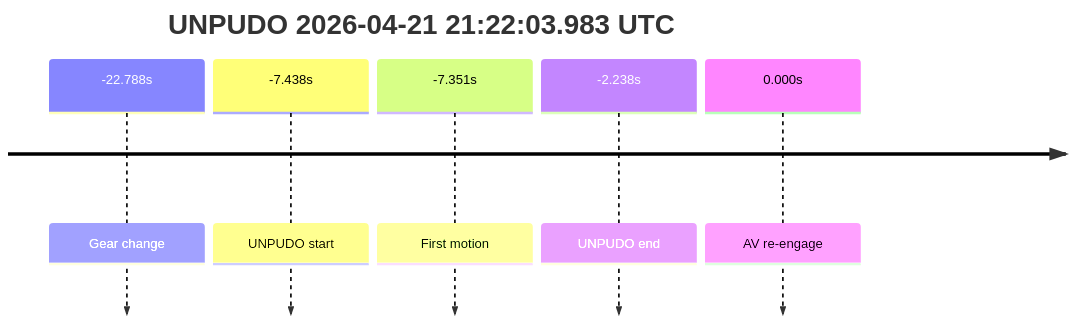
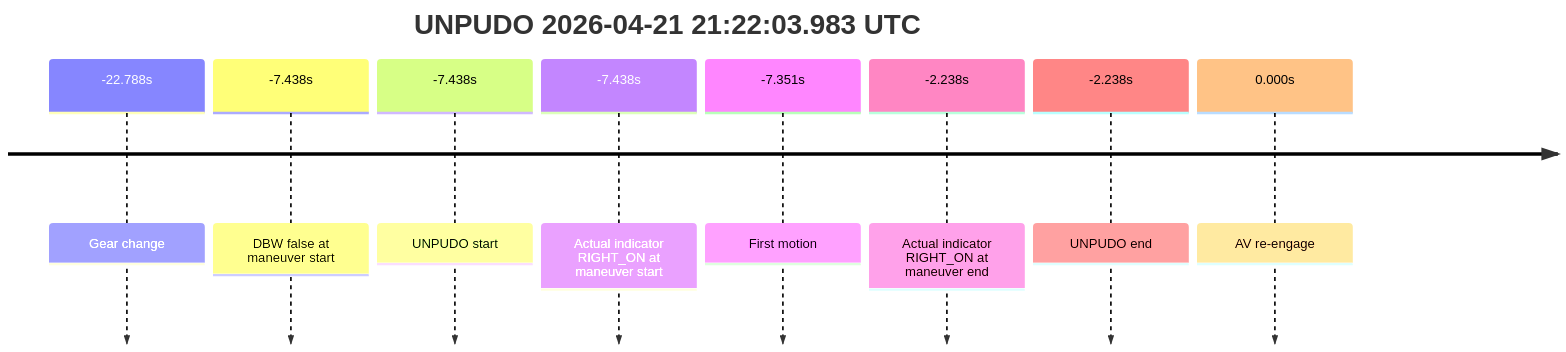
The second of 5 diagrams in model_analysis/report_cards/2026/04/Week-4/fme20009--2026-04-21--20-53-31--gen2-av-c485ff0d-599e-495f-bee7-17c4a854ab52.md (yoelshapiro/vault), drawn with Mermaid before and after one commit. The commit also changed other lines of this file and 4 other files, not shown here.

````diff
--- a/model_analysis/report_cards/2026/04/Week-4/fme20009--2026-04-21--20-53-31--gen2-av-c485ff0d-599e-495f-bee7-17c4a854ab52.md
+++ b/model_analysis/report_cards/2026/04/Week-4/fme20009--2026-04-21--20-53-31--gen2-av-c485ff0d-599e-495f-bee7-17c4a854ab52.md
@@ -93,9 +112,12 @@
 ```mermaid
 timeline
     title UNPUDO 2026-04-21 21:22:03.983 UTC
     -22.788s : Gear change
+    -7.438s : DBW false at maneuver start
     -7.438s : UNPUDO start
+    -7.438s : Actual indicator RIGHT_ON at maneuver start
     -7.351s : First motion
+    -2.238s : Actual indicator RIGHT_ON at maneuver end
     -2.238s : UNPUDO end
     0.000s : AV re-engage
 ```
````
